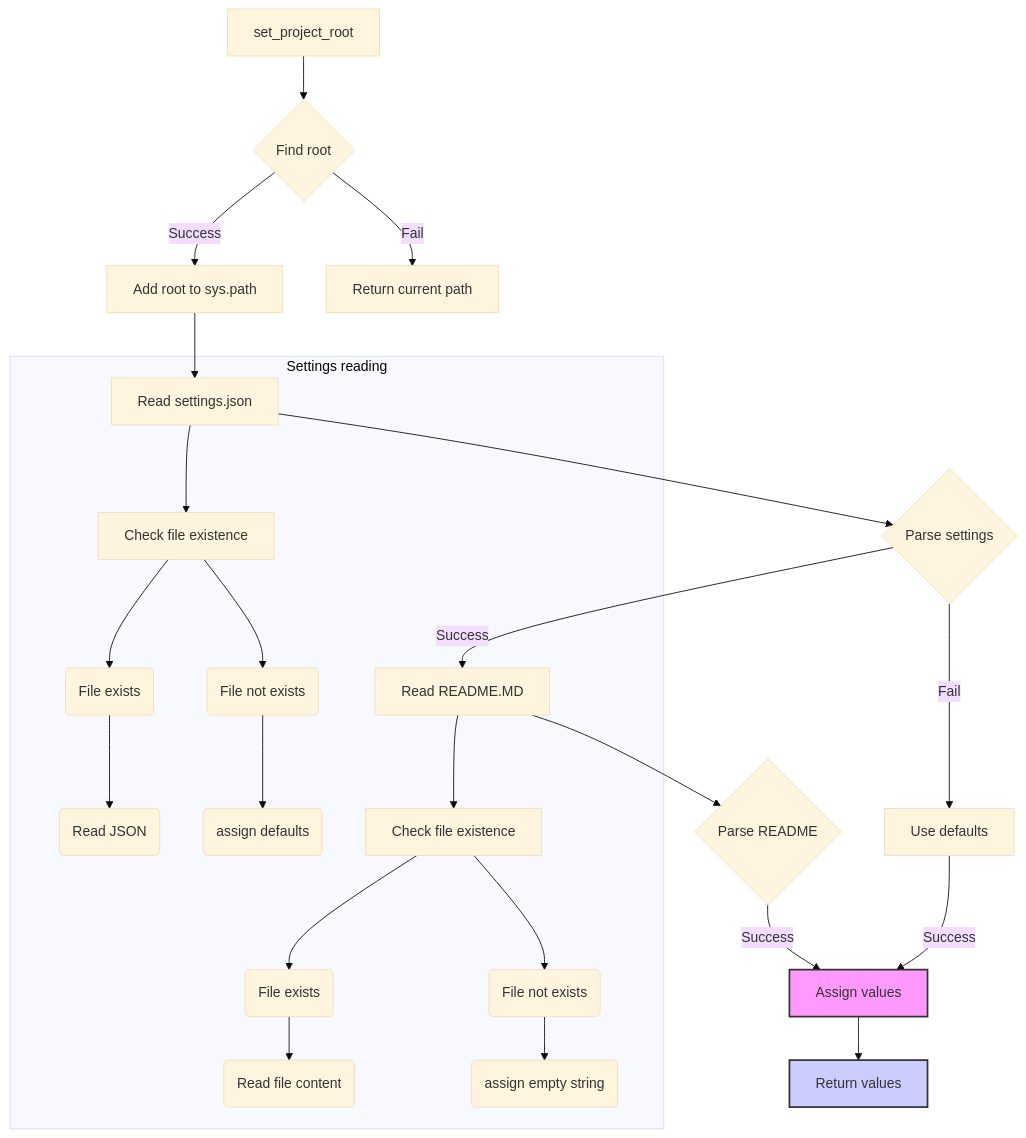
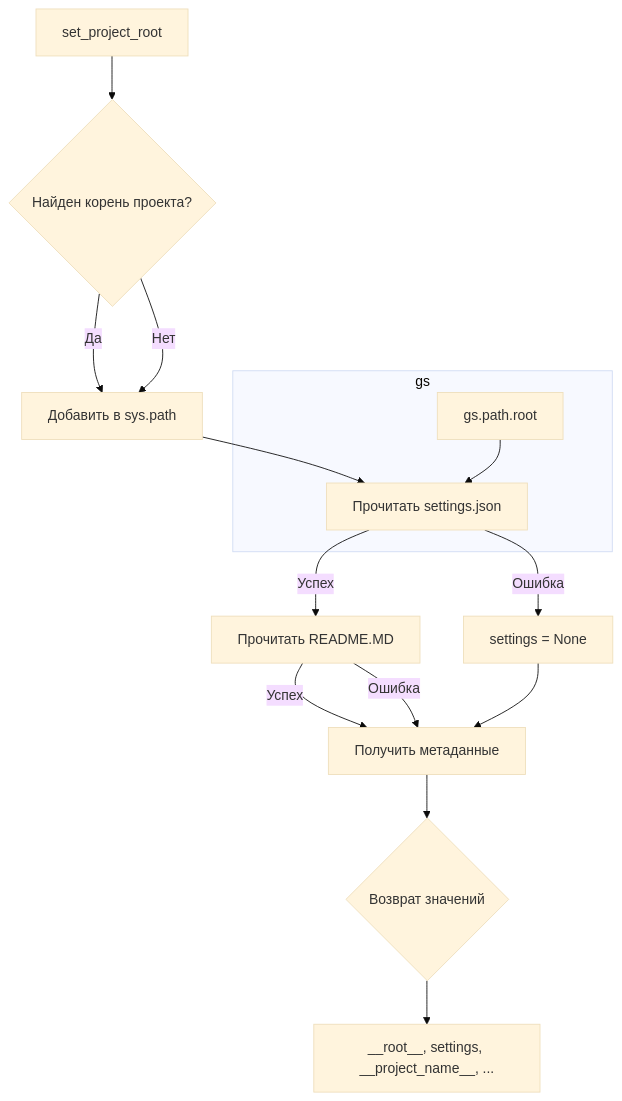
Before and after one commit to hypo69/hypo: the diagram in docs/gemini/ru/explainer/src/product/header.md, drawn with Mermaid (base theme). The commit also changed other lines of this file and 877 other files, not shown here.

````diff
--- a/docs/gemini/ru/explainer/src/product/header.md
+++ b/docs/gemini/ru/explainer/src/product/header.md
@@ -104,33 +115,18 @@
 ```mermaid
 graph TD
-    A[set_project_root] --> B{Find root};
-    B -- Success --> C[Add root to sys.path];
-    B -- Fail --> D[Return current path];
-    C --> E[Read settings.json];
-    E --> F{Parse settings};
-    F -- Success --> G[Read README.MD];
-    G --> H{Parse README};
-    F -- Fail --> I[Use defaults];
-    H -- Success --> J[Assign values];
-    I -- Success --> J;
-    J --> K[Return values];
-
-    subgraph Settings reading
-        E --> E1[Check file existence];
-        E1 --> E2(File exists)
-        E1 --> E3(File not exists)
-        E2 --> E4(Read JSON)
-        E3 --> E5(assign defaults)
-
-        G --> G1[Check file existence];
-        G1 --> G2(File exists)
-        G1 --> G3(File not exists)
-        G2 --> G4(Read file content)
-        G3 --> G5(assign empty string)
+    A[set_project_root] --> B{Найден корень проекта?};
+    B -- Да --> C[Добавить в sys.path];
+    B -- Нет --> C;
+    C --> D[Прочитать settings.json];
+    D -- Успех --> E[Прочитать README.MD];
+    D -- Ошибка --> F[settings = None];
+    E -- Успех --> G[Получить метаданные];
+    E -- Ошибка --> G;
+    F --> G;
+    G --> H{Возврат значений};
+    H --> I[__root__, settings, __project_name__, ...];
+    
+    subgraph gs
+        gs.path.root --> D;
     end
-
-    style J fill:#f9f,stroke:#333,stroke-width:2px
-    style K fill:#ccf,stroke:#333,stroke-width:2px
-
-
 ```
````
